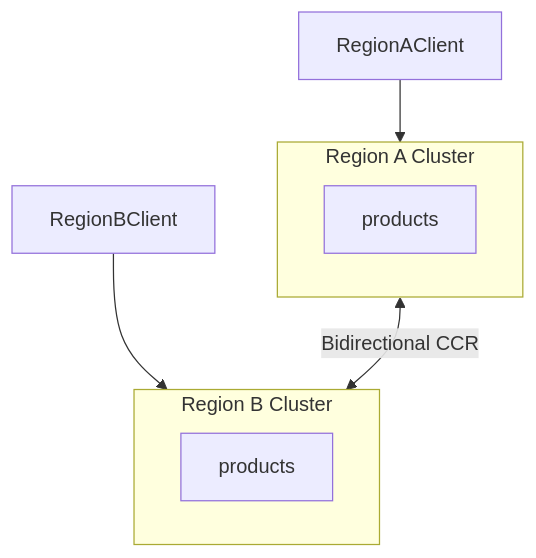
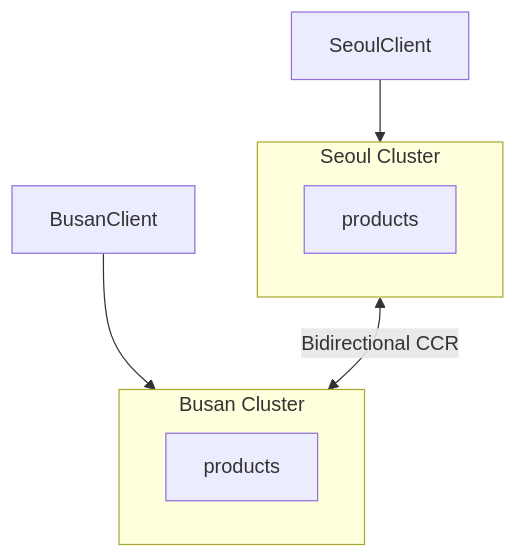
The fifth of 5 diagrams in content/en/docs/elasticsearch/concepts/high-availability.md (advanced-beginner/advanced-beginner.github.io), drawn with Mermaid before and after one commit. The commit also changed other lines of this file and 21 other files, not shown here.

````diff
--- a/content/en/docs/elasticsearch/concepts/high-availability.md
+++ b/content/en/docs/elasticsearch/concepts/high-availability.md
@@ -354,13 +354,13 @@
 ```mermaid
 flowchart TB
-    subgraph RegionA["Region A Cluster"]
+    subgraph Seoul["Seoul Cluster"]
         S[products]
     end
-    subgraph RegionB["Region B Cluster"]
+    subgraph Busan["Busan Cluster"]
         B[products]
     end
 
-    RegionAClient --> RegionA
-    RegionBClient --> RegionB
-    RegionA <-->|Bidirectional CCR| RegionB
+    SeoulClient --> Seoul
+    BusanClient --> Busan
+    Seoul <-->|Bidirectional CCR| Busan
 ```
````
